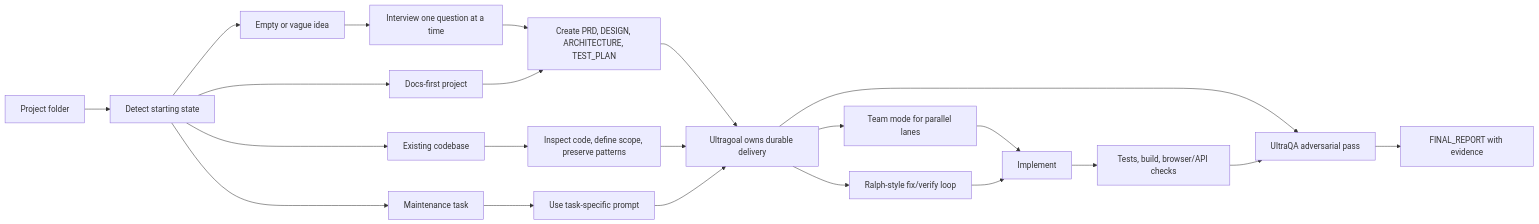
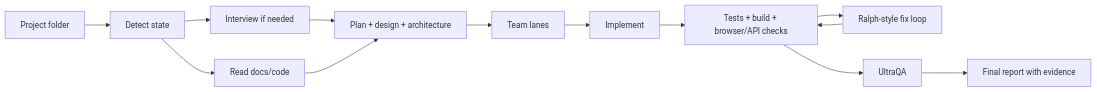
One commit to SomeMedic/omx-prompts changed the diagram in README.md. Above: the diagram before and after it, drawn with Mermaid. The commit also changed other lines of this file and 1 other file, not shown here.

````diff
--- a/README.md
+++ b/README.md
@@ -142,30 +123,15 @@
 ```mermaid
 flowchart LR
-  Start["Project folder"] --> Detect["Detect starting state"]
-
-  Detect --> Empty["Empty or vague idea"]
-  Detect --> Docs["Docs-first project"]
-  Detect --> Existing["Existing codebase"]
-  Detect --> Maint["Maintenance task"]
-
-  Empty --> Interview["Interview one question at a time"]
-  Interview --> ProductDocs["Create PRD, DESIGN, ARCHITECTURE, TEST_PLAN"]
-
-  Docs --> ProductDocs
-  Existing --> ScopedPlan["Inspect code, define scope, preserve patterns"]
-  Maint --> TaskPrompt["Use task-specific prompt"]
-
-  ProductDocs --> Goal["Ultragoal owns durable delivery"]
-  ScopedPlan --> Goal
-  TaskPrompt --> Goal
-
-  Goal --> Team["Team mode for parallel lanes"]
-  Goal --> Ralph["Ralph-style fix/verify loop"]
-  Goal --> QA["UltraQA adversarial pass"]
-
-  Team --> Build["Implement"]
-  Ralph --> Build
-  Build --> Verify["Tests, build, browser/API checks"]
-  Verify --> QA
-  QA --> Report["FINAL_REPORT with evidence"]
+  A["Project folder"] --> B["Detect state"]
+  B --> C["Interview if needed"]
+  B --> D["Read docs/code"]
+  C --> E["Plan + design + architecture"]
+  D --> E
+  E --> F["Team lanes"]
+  F --> G["Implement"]
+  G --> H["Tests + build + browser/API checks"]
+  H --> I["Ralph-style fix loop"]
+  I --> H
+  H --> J["UltraQA"]
+  J --> K["Final report with evidence"]
 ```
````
